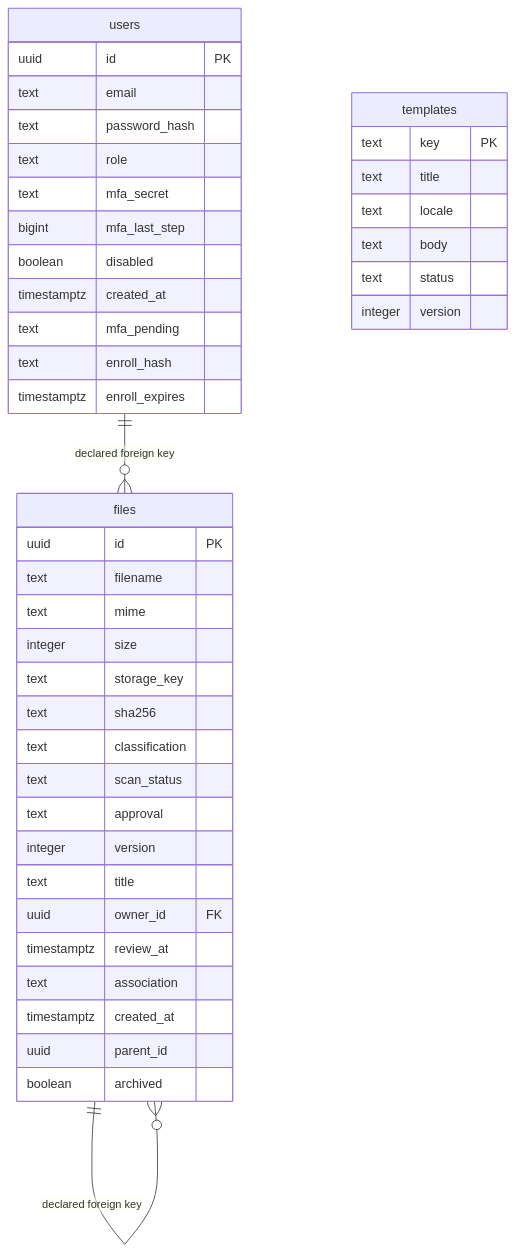
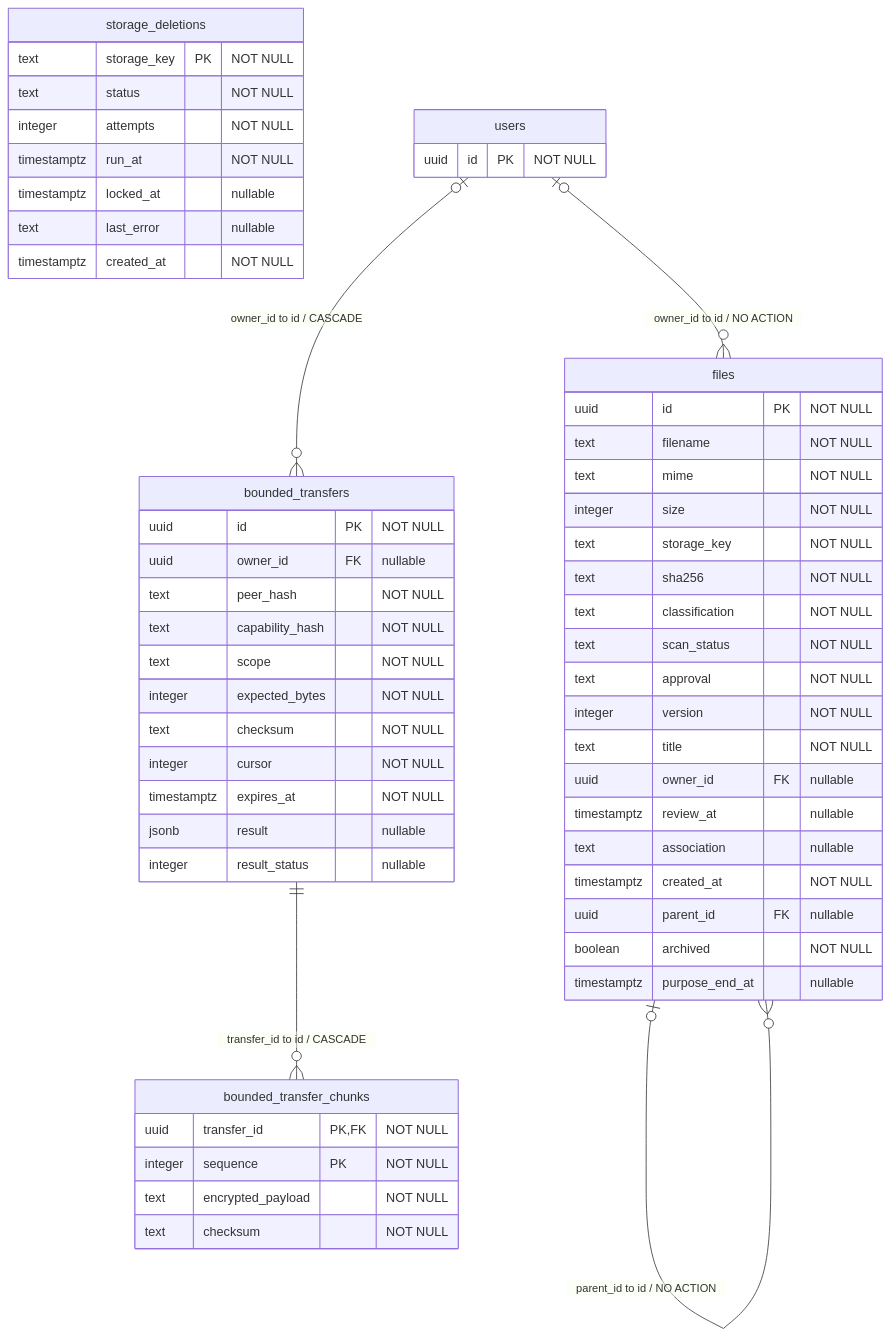
One commit to DruHustle/onesa-ai-platform changed the diagram in docs/diagrams/portal-database-documents.mmd. Above: the diagram before and after it, drawn with Mermaid. The commit also changed 25 other files, not shown here.

Commit message:
docs: refresh Portal schema and protected identity references

```diff
--- a/docs/diagrams/portal-database-documents.mmd
+++ b/docs/diagrams/portal-database-documents.mmd
@@ -1,43 +1,57 @@
+%% Portal source schema SHA256: 7fe751ef30a47ee8fa6d9f23416eb48dea97e0e90c6c5fdcc97cd0c656fd0d86
 erDiagram
-  users {
-    uuid id PK
-    text email
-    text password_hash
-    text role
-    text mfa_secret
-    bigint mfa_last_step
-    boolean disabled
-    timestamptz created_at
-    text mfa_pending
-    text enroll_hash
-    timestamptz enroll_expires
+  bounded_transfer_chunks {
+    uuid transfer_id PK,FK "NOT NULL"
+    integer sequence PK "NOT NULL"
+    text encrypted_payload "NOT NULL"
+    text checksum "NOT NULL"
+  }
+  bounded_transfers {
+    uuid id PK "NOT NULL"
+    uuid owner_id FK "nullable"
+    text peer_hash "NOT NULL"
+    text capability_hash "NOT NULL"
+    text scope "NOT NULL"
+    integer expected_bytes "NOT NULL"
+    text checksum "NOT NULL"
+    integer cursor "NOT NULL"
+    timestamptz expires_at "NOT NULL"
+    jsonb result "nullable"
+    integer result_status "nullable"
   }
   files {
-    uuid id PK
-    text filename
-    text mime
-    integer size
-    text storage_key
-    text sha256
-    text classification
-    text scan_status
-    text approval
-    integer version
-    text title
-    uuid owner_id FK
-    timestamptz review_at
-    text association
-    timestamptz created_at
-    uuid parent_id
-    boolean archived
+    uuid id PK "NOT NULL"
+    text filename "NOT NULL"
+    text mime "NOT NULL"
+    integer size "NOT NULL"
+    text storage_key "NOT NULL"
+    text sha256 "NOT NULL"
+    text classification "NOT NULL"
+    text scan_status "NOT NULL"
+    text approval "NOT NULL"
+    integer version "NOT NULL"
+    text title "NOT NULL"
+    uuid owner_id FK "nullable"
+    timestamptz review_at "nullable"
+    text association "nullable"
+    timestamptz created_at "NOT NULL"
+    uuid parent_id FK "nullable"
+    boolean archived "NOT NULL"
+    timestamptz purpose_end_at "nullable"
   }
-  templates {
-    text key PK
-    text title
-    text locale
-    text body
-    text status
-    integer version
+  storage_deletions {
+    text storage_key PK "NOT NULL"
+    text status "NOT NULL"
+    integer attempts "NOT NULL"
+    timestamptz run_at "NOT NULL"
+    timestamptz locked_at "nullable"
+    text last_error "nullable"
+    timestamptz created_at "NOT NULL"
   }
-  users ||--o{ files : "declared foreign key"
-  files ||--o{ files : "declared foreign key"
+  users {
+    uuid id PK "NOT NULL"
+  }
+  bounded_transfers ||--o{ bounded_transfer_chunks : "transfer_id to id / CASCADE"
+  users o|--o{ bounded_transfers : "owner_id to id / CASCADE"
+  users o|--o{ files : "owner_id to id / NO ACTION"
+  files o|--o{ files : "parent_id to id / NO ACTION"
```
